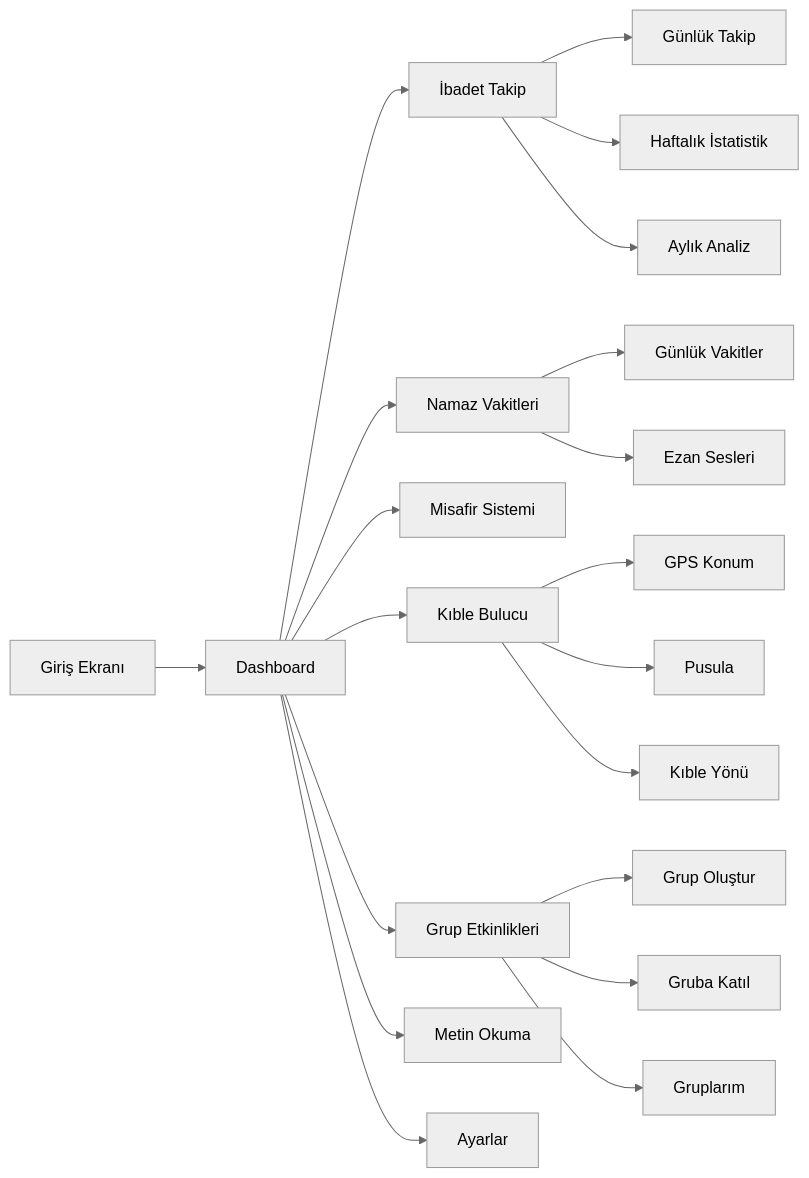
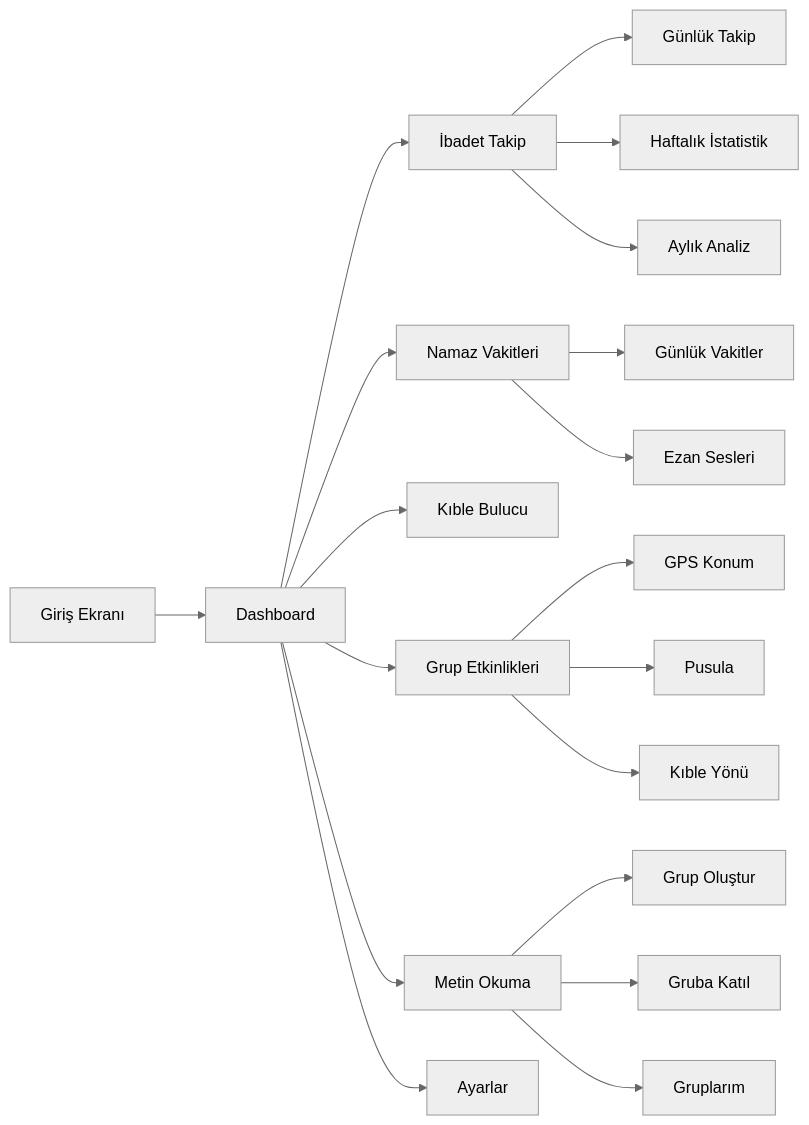
Before and after one commit to mr-dokur-QA/hayirhah: the second of 3 diagrams in aboutApp.md, drawn with Mermaid (neutral theme). The commit also changed other lines of this file and 2 other files, not shown here.

````diff
--- a/aboutApp.md
+++ b/aboutApp.md
@@ -290,26 +286,25 @@
 ```mermaid
 graph LR
     A[Giriş Ekranı] --> B[Dashboard]
     B --> C[İbadet Takip]
     B --> D[Namaz Vakitleri]
-    B --> E[Misafir Sistemi]
-    B --> F[Kıble Bulucu]
-    B --> G[Grup Etkinlikleri]
-    B --> H[Metin Okuma]
-    B --> I[Ayarlar]
+    B --> E[Kıble Bulucu]
+    B --> F[Grup Etkinlikleri]
+    B --> G[Metin Okuma]
+    B --> H[Ayarlar]
     
     C --> C1[Günlük Takip]
     C --> C2[Haftalık İstatistik]
     C --> C3[Aylık Analiz]
     
     D --> D1[Günlük Vakitler]
     D --> D2[Ezan Sesleri]
     
     F --> F1[GPS Konum]
     F --> F2[Pusula]
     F --> F3[Kıble Yönü]
     
     G --> G1[Grup Oluştur]
     G --> G2[Gruba Katıl]
     G --> G3[Gruplarım]
 ```
````
